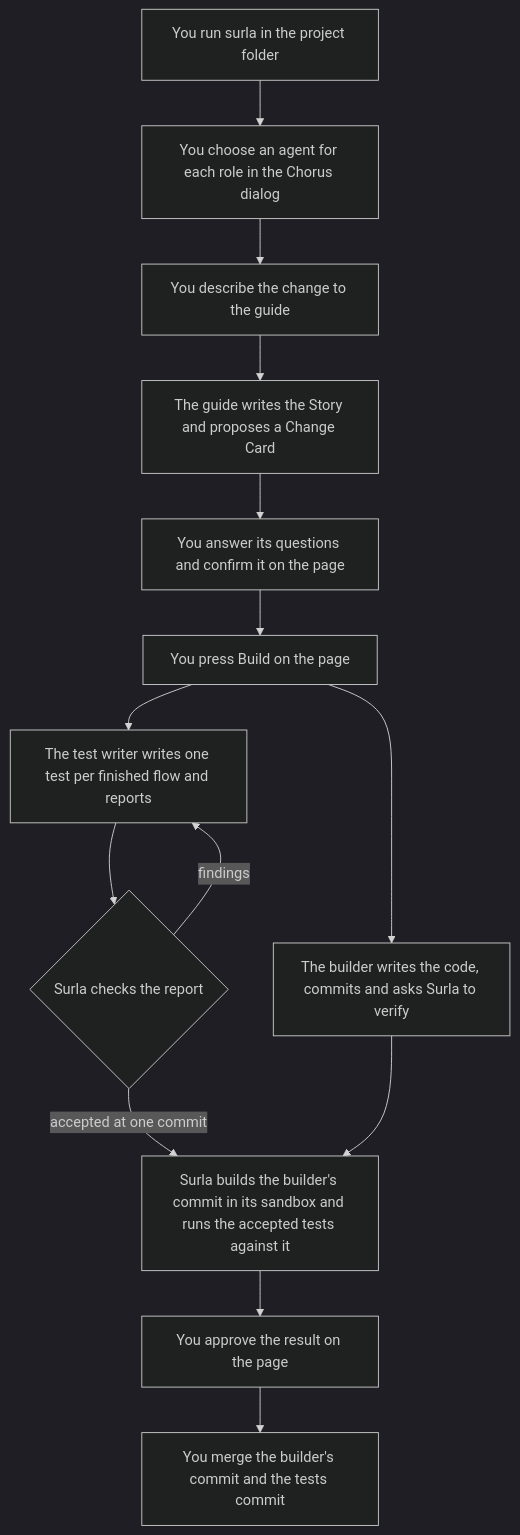
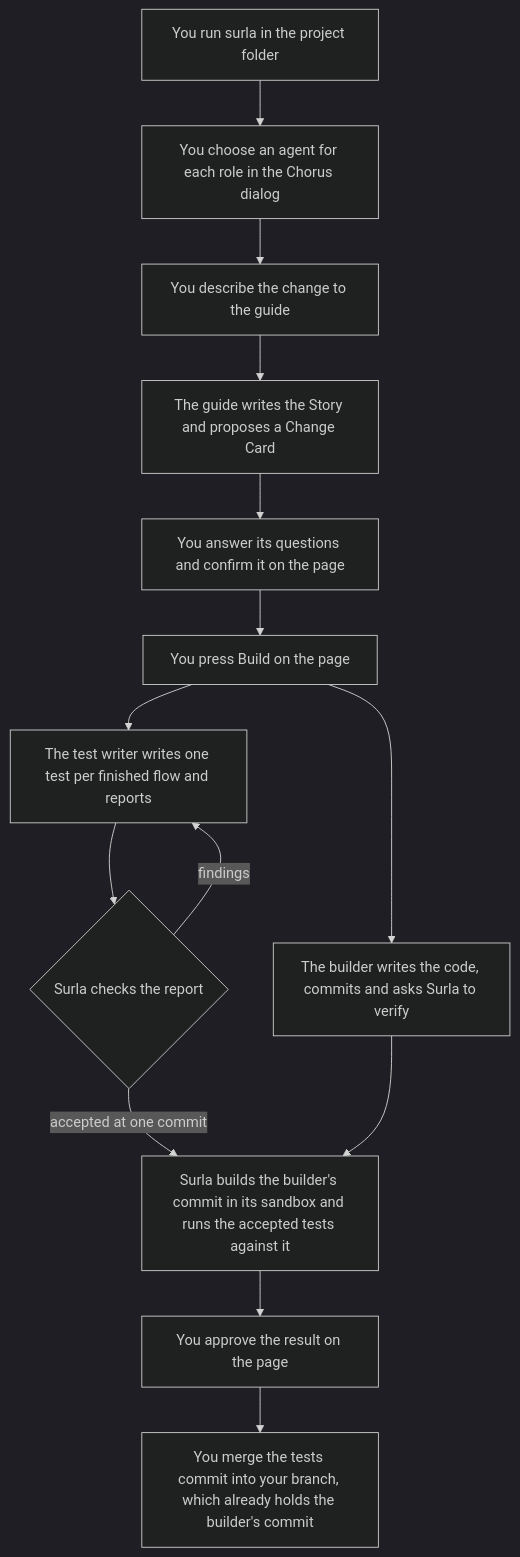
One commit to goadesign/surla changed the diagram in docs/HOW_IT_WORKS.md. Above: the diagram before and after it, drawn with Mermaid (dark theme). The commit also changed other lines of this file and 4 other files, not shown here.

First line of the commit message:
Say that the user merges only the tests commit

````diff
--- a/docs/HOW_IT_WORKS.md
+++ b/docs/HOW_IT_WORKS.md
@@ -67,16 +67,16 @@
 ```mermaid
 flowchart TD
     A["You run surla in the project folder"] --> B["You choose an agent for each role in the Chorus dialog"]
     B --> C["You describe the change to the guide"]
     C --> D["The guide writes the Story and proposes a Change Card"]
     D --> E["You answer its questions and confirm it on the page"]
     E --> F["You press Build on the page"]
     F --> G["The test writer writes one test per finished flow and reports"]
     G --> H{"Surla checks the report"}
     H -->|"findings"| G
     H -->|"accepted at one commit"| J["Surla builds the builder's commit in its sandbox and runs the accepted tests against it"]
     F --> I["The builder writes the code, commits and asks Surla to verify"]
     I --> J
     J --> K["You approve the result on the page"]
-    K --> L["You merge the builder's commit and the tests commit"]
+    K --> L["You merge the tests commit into your branch, which already holds the builder's commit"]
 ```
````
